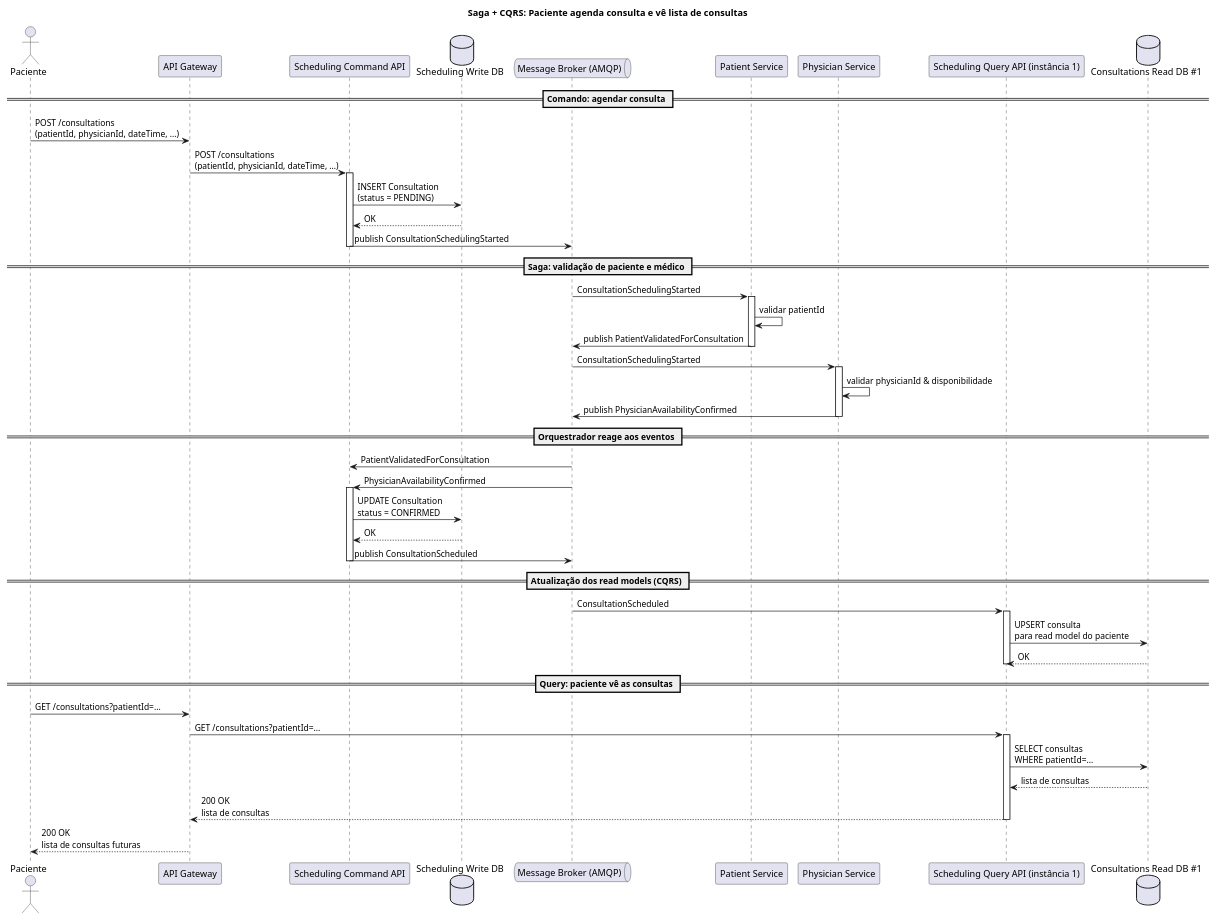
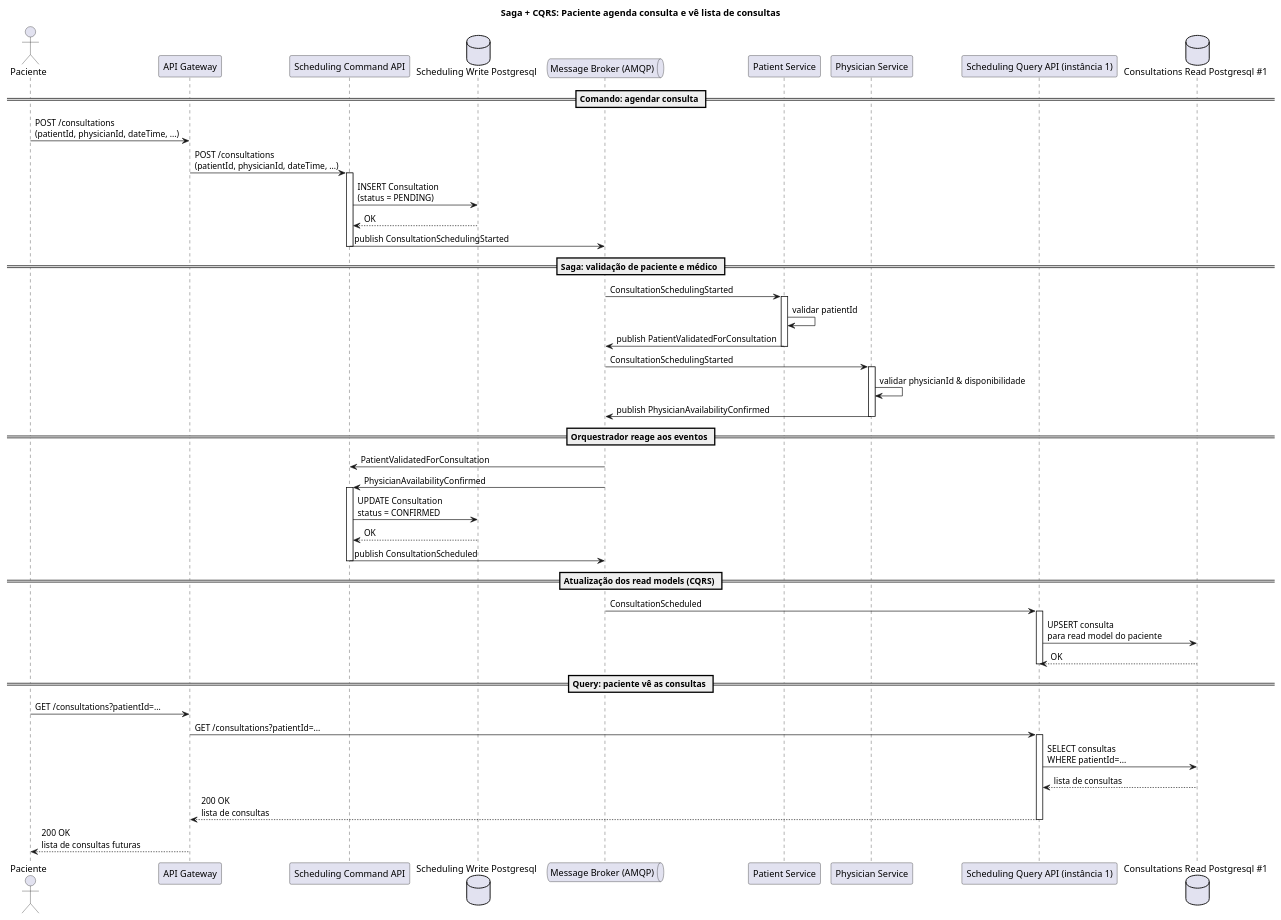
The diagram in docs/2_entrega/Sequence Diagram/Diagrama de Sequência - Agendar Consulta.puml (Parafita123/LETI_SIDIS_3DA_2), drawn with PlantUML before and after one commit. The commit also changed 3 other files, not shown here.

Commit message:
Diagramas de sequencias

```diff
--- a/docs/2_entrega/Sequence Diagram/Diagrama de Sequência - Agendar Consulta.puml
+++ b/docs/2_entrega/Sequence Diagram/Diagrama de Sequência - Agendar Consulta.puml
@@ -1,72 +1,72 @@
 @startuml
 title Saga + CQRS: Paciente agenda consulta e vê lista de consultas
 
 actor "Paciente" as PatientUI
 participant "API Gateway" as APIGW
 participant "Scheduling Command API" as SchedCmd
-database "Scheduling Write DB" as WDB
+database "Scheduling Write Postgresql" as WDB
 queue "Message Broker (AMQP)" as Broker
 participant "Patient Service" as PatSvc
 participant "Physician Service" as DocSvc
 participant "Scheduling Query API (instância 1)" as SchedQ1
-database "Consultations Read DB #1" as RDB1
+database "Consultations Read Postgresql #1" as RDB1
 
 == Comando: agendar consulta ==
 
 PatientUI -> APIGW : POST /consultations\n(patientId, physicianId, dateTime, ...)
 APIGW -> SchedCmd : POST /consultations\n(patientId, physicianId, dateTime, ...)
 
 activate SchedCmd
 SchedCmd -> WDB : INSERT Consultation\n(status = PENDING)
 WDB --> SchedCmd : OK
 
 SchedCmd -> Broker : publish ConsultationSchedulingStarted
 deactivate SchedCmd
 
 == Saga: validação de paciente e médico ==
 
 Broker -> PatSvc : ConsultationSchedulingStarted
 activate PatSvc
 PatSvc -> PatSvc : validar patientId
 PatSvc -> Broker : publish PatientValidatedForConsultation
 deactivate PatSvc
 
 Broker -> DocSvc : ConsultationSchedulingStarted
 activate DocSvc
 DocSvc -> DocSvc : validar physicianId & disponibilidade
 DocSvc -> Broker : publish PhysicianAvailabilityConfirmed
 deactivate DocSvc
 
 == Orquestrador reage aos eventos ==
 
 Broker -> SchedCmd : PatientValidatedForConsultation
 Broker -> SchedCmd : PhysicianAvailabilityConfirmed
 activate SchedCmd
 SchedCmd -> WDB : UPDATE Consultation\nstatus = CONFIRMED
 WDB --> SchedCmd : OK
 
 SchedCmd -> Broker : publish ConsultationScheduled
 deactivate SchedCmd
 
 == Atualização dos read models (CQRS) ==
 
 Broker -> SchedQ1 : ConsultationScheduled
 activate SchedQ1
 SchedQ1 -> RDB1 : UPSERT consulta\npara read model do paciente
 RDB1 --> SchedQ1 : OK
 deactivate SchedQ1
 
 == Query: paciente vê as consultas ==
 
 PatientUI -> APIGW : GET /consultations?patientId=...
 APIGW -> SchedQ1 : GET /consultations?patientId=...
 
 activate SchedQ1
 SchedQ1 -> RDB1 : SELECT consultas\nWHERE patientId=...
 RDB1 --> SchedQ1 : lista de consultas
 SchedQ1 --> APIGW : 200 OK\nlista de consultas
 deactivate SchedQ1
 
 APIGW --> PatientUI : 200 OK\nlista de consultas futuras
 
 @enduml
```
